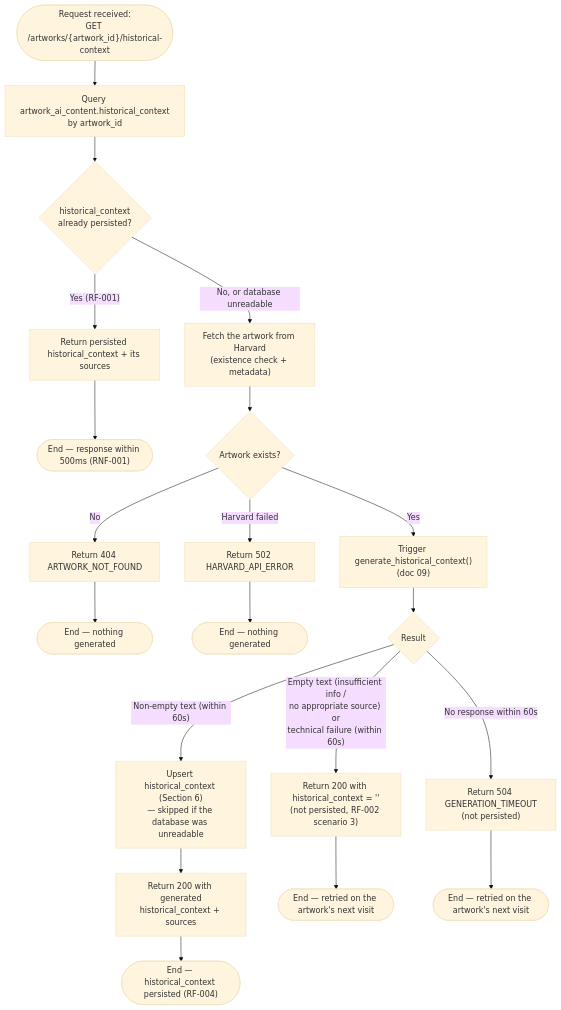
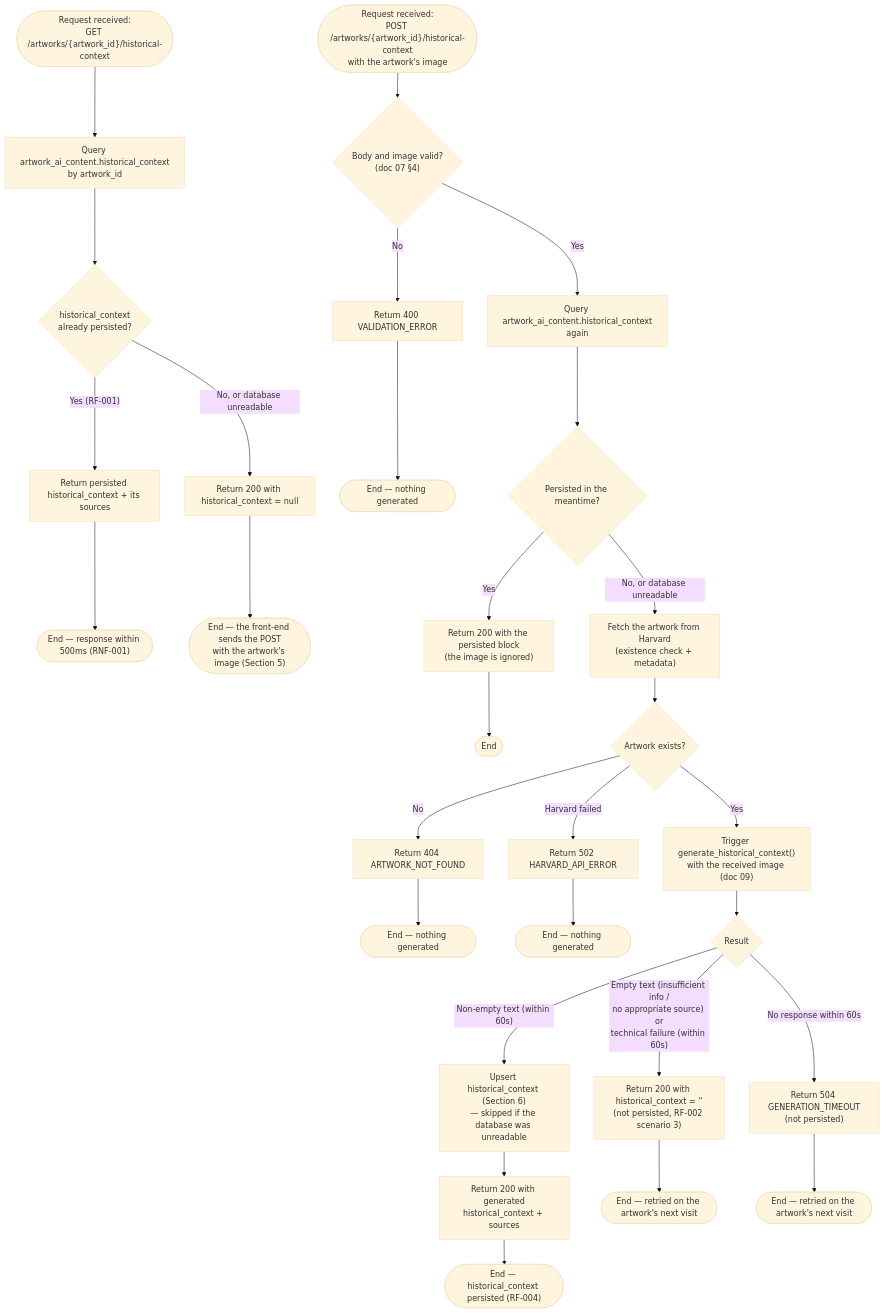
The first of 4 diagrams in documentation/specs/06-persistence-flow.md (Jeferson-Filho/Art-Archive-Front-AI), drawn with Mermaid (base theme) before and after one commit. The commit also changed other lines of this file and 5 other files, not shown here.

First line of the commit message:
📚 docs(specs): generate the Insight Card from an image the browser sends

````diff
--- a/documentation/specs/06-persistence-flow.md
+++ b/documentation/specs/06-persistence-flow.md
@@ -38,28 +40,38 @@
 ```mermaid
 flowchart TD
     HStart(["Request received:<br/>GET /artworks/{artwork_id}/historical-context"]) --> HCheckDB["Query artwork_ai_content.historical_context<br/>by artwork_id"]
 
     HCheckDB --> HExists{"historical_context<br/>already persisted?"}
     HExists -- "Yes (RF-001)" --> HFromDB["Return persisted historical_context + its sources"]
     HFromDB --> HEndCached(["End — response within 500ms (RNF-001)"])
 
-    HExists -- "No, or database unreadable" --> HHarvard["Fetch the artwork from Harvard<br/>(existence check + metadata)"]
+    HExists -- "No, or database unreadable" --> HNull["Return 200 with historical_context = null"]
+    HNull --> HEndNull(["End — the front-end sends the POST<br/>with the artwork's image (Section 5)"])
+
+    HPost(["Request received:<br/>POST /artworks/{artwork_id}/historical-context<br/>with the artwork's image"]) --> HValid{"Body and image valid?<br/>(doc 07 §4)"}
+    HValid -- "No" --> HInvalid["Return 400 VALIDATION_ERROR"]
+    HInvalid --> HEndInvalid(["End — nothing generated"])
+    HValid -- "Yes" --> HRecheck["Query artwork_ai_content.historical_context<br/>again"]
+    HRecheck --> HRechecked{"Persisted in the meantime?"}
+    HRechecked -- "Yes" --> HFromDBPost["Return 200 with the persisted block<br/>(the image is ignored)"]
+    HFromDBPost --> HEndCachedPost(["End"])
+    HRechecked -- "No, or database unreadable" --> HHarvard["Fetch the artwork from Harvard<br/>(existence check + metadata)"]
     HHarvard --> HArtwork{"Artwork exists?"}
     HArtwork -- "No" --> HNotFound["Return 404 ARTWORK_NOT_FOUND"]
     HNotFound --> HEndNotFound(["End — nothing generated"])
     HArtwork -- "Harvard failed" --> HHarvardError["Return 502 HARVARD_API_ERROR"]
     HHarvardError --> HEndHarvardError(["End — nothing generated"])
 
-    HArtwork -- Yes --> HTrigger["Trigger generate_historical_context()<br/>(doc 09)"]
+    HArtwork -- Yes --> HTrigger["Trigger generate_historical_context()<br/>with the received image (doc 09)"]
     HTrigger --> HResult{"Result"}
 
     HResult -- "Non-empty text (within 60s)" --> HPersist["Upsert historical_context (Section 6)<br/>— skipped if the database was unreadable"]
     HPersist --> HReturnGenerated["Return 200 with generated<br/>historical_context + sources"]
     HReturnGenerated --> HEndSuccess(["End — historical_context persisted (RF-004)"])
 
     HResult -- "Empty text (insufficient info /<br/>no appropriate source) or<br/>technical failure (within 60s)" --> HEmpty["Return 200 with historical_context = ''<br/>(not persisted, RF-002 scenario 3)"]
     HEmpty --> HEndEmpty(["End — retried on the artwork's next visit"])
 
     HResult -- "No response within 60s" --> HTimeout["Return 504 GENERATION_TIMEOUT<br/>(not persisted)"]
     HTimeout --> HEndTimeout(["End — retried on the artwork's next visit"])
 ```
````
